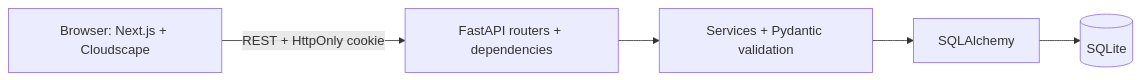
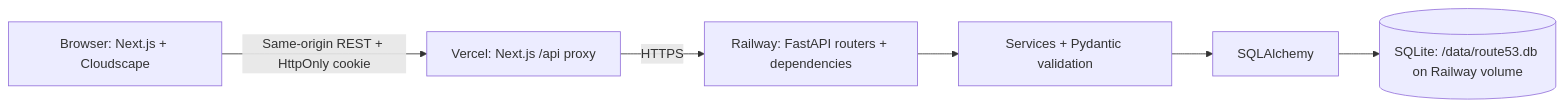
Before and after one commit to gitHubPalak21/aws-route53-clone: the first of 2 diagrams in README.md, drawn with Mermaid. The commit also changed other lines of this file and 4 other files, not shown here.

Commit message:
Document verified Vercel and Railway deployment

````diff
--- a/README.md
+++ b/README.md
@@ -138,7 +145,8 @@
 ```mermaid
 flowchart LR
-    B[Browser: Next.js + Cloudscape] -->|REST + HttpOnly cookie| R[FastAPI routers + dependencies]
+    B[Browser: Next.js + Cloudscape] -->|Same-origin REST + HttpOnly cookie| V[Vercel: Next.js /api proxy]
+    V -->|HTTPS| R[Railway: FastAPI routers + dependencies]
     R --> S[Services + Pydantic validation]
     S --> O[SQLAlchemy]
-    O --> D[(SQLite)]
+    O --> D[(SQLite: /data/route53.db on Railway volume)]
 ```
````
